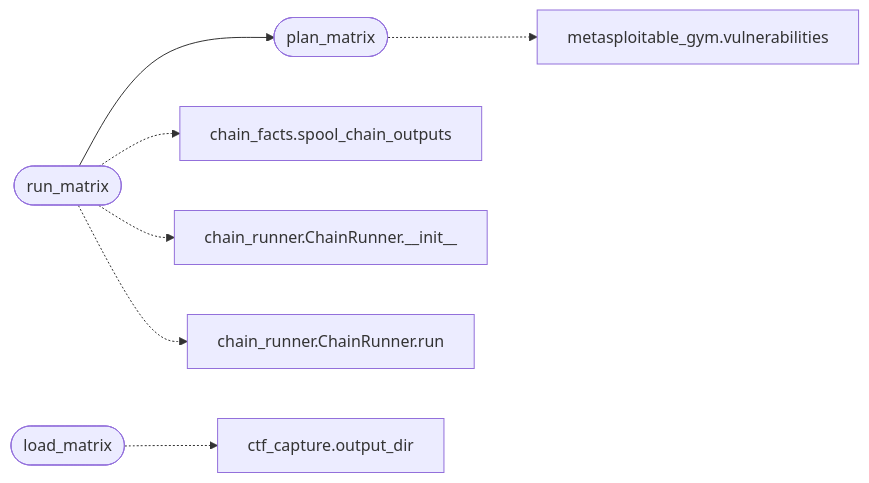
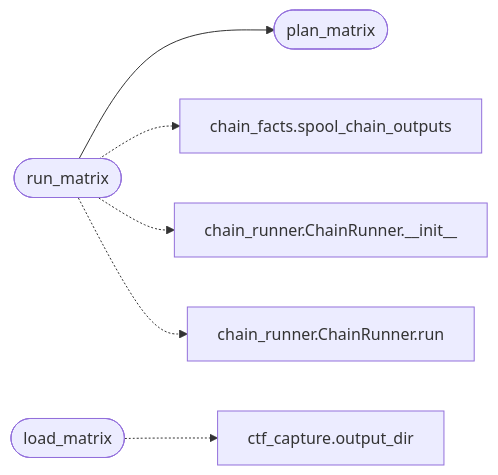
One commit to grisuno/LazyOwn changed the diagram in readmenator-apidocs/modules/modules.gym_matrix_runner.py.md. Above: the diagram before and after it, drawn with Mermaid. The commit also changed other lines of this file and 424 other files, not shown here.

````diff
--- a/readmenator-apidocs/modules/modules.gym_matrix_runner.py.md
+++ b/readmenator-apidocs/modules/modules.gym_matrix_runner.py.md
@@ -20,17 +20,15 @@
 ```mermaid
 flowchart LR
     n_modules_gym_matrix_runner_py__run_matrix(["run_matrix"])
     n_modules_gym_matrix_runner_py__plan_matrix(["plan_matrix"])
-    n_modules_metasploitable_gym_py__vulnerabilities["metasploitable_gym.vulnerabilities"]
     n_modules_chain_facts_py__spool_chain_outputs["chain_facts.spool_chain_outputs"]
     n_modules_chain_runner_py__ChainRunner___init__["chain_runner.ChainRunner.__init__"]
     n_modules_chain_runner_py__ChainRunner_run["chain_runner.ChainRunner.run"]
     n_modules_gym_matrix_runner_py__load_matrix(["load_matrix"])
     n_modules_ctf_capture_py__output_dir["ctf_capture.output_dir"]
     n_modules_gym_matrix_runner_py__run_matrix --> n_modules_gym_matrix_runner_py__plan_matrix
-    n_modules_gym_matrix_runner_py__plan_matrix -.-> n_modules_metasploitable_gym_py__vulnerabilities
     n_modules_gym_matrix_runner_py__run_matrix -.-> n_modules_chain_facts_py__spool_chain_outputs
     n_modules_gym_matrix_runner_py__run_matrix -.-> n_modules_chain_runner_py__ChainRunner___init__
     n_modules_gym_matrix_runner_py__run_matrix -.-> n_modules_chain_runner_py__ChainRunner_run
     n_modules_gym_matrix_runner_py__load_matrix -.-> n_modules_ctf_capture_py__output_dir
 ```
````
